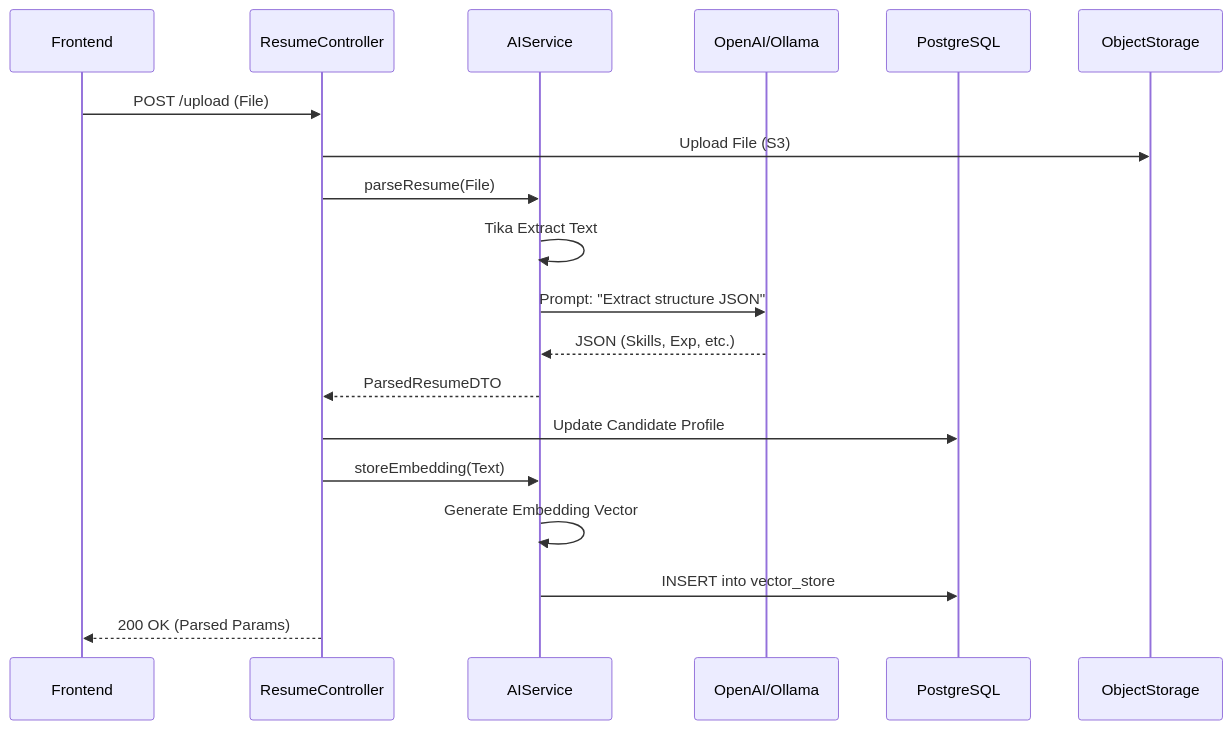
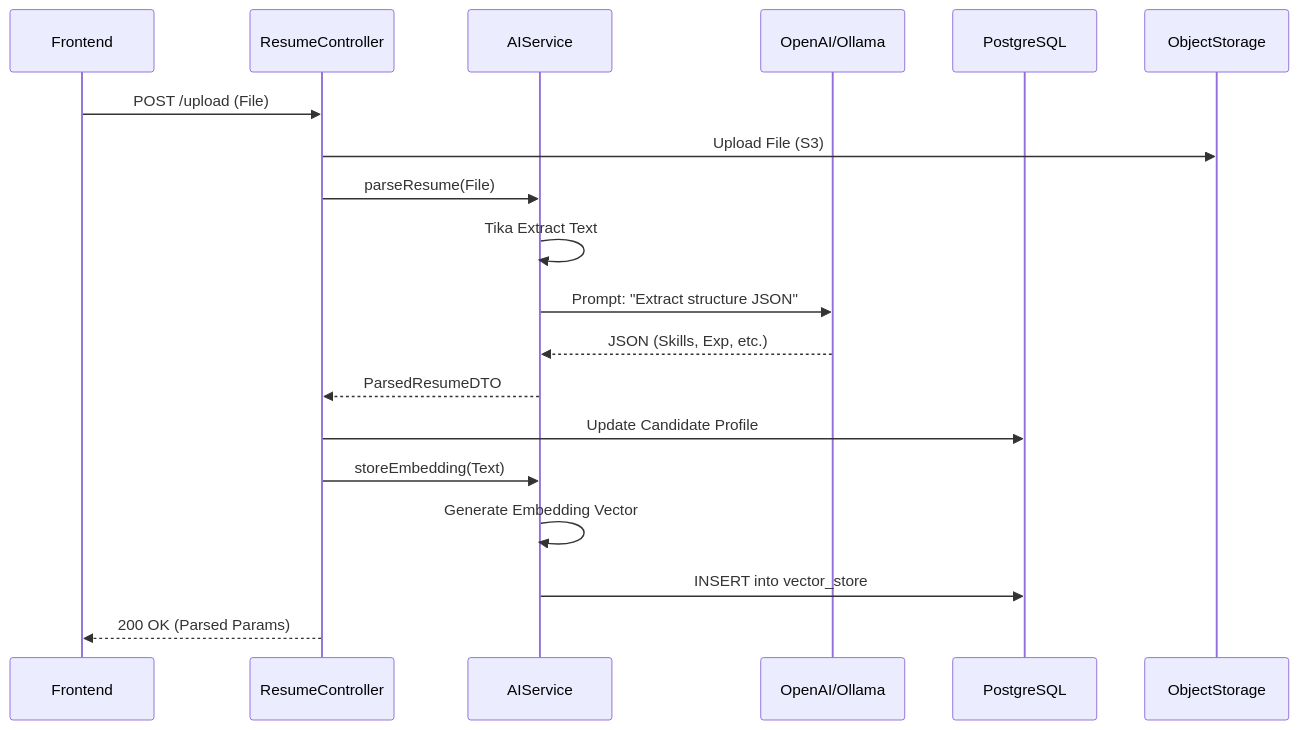
The second of 4 diagrams in README.md (Prathamesh36/SkillSync-AI), drawn with Mermaid before and after one commit. The commit also changed other lines of this file, not shown here.

````diff
--- a/README.md
+++ b/README.md
@@ -363,23 +363,22 @@
 ```mermaid
 sequenceDiagram
     participant User as Frontend
     participant Controller as ResumeController
     participant Service as AIService
-    participant LLM as OpenAI/Ollama
     participant LLM as OpenAI/Ollama
     participant DB as PostgreSQL
     participant MinIO as ObjectStorage
 
     User->>Controller: POST /upload (File)
     Controller->>MinIO: Upload File (S3)
     Controller->>Service: parseResume(File)
     Service->>Service: Tika Extract Text
     Service->>LLM: Prompt: "Extract structure JSON"
     LLM-->>Service: JSON (Skills, Exp, etc.)
     Service-->>Controller: ParsedResumeDTO
     Controller->>DB: Update Candidate Profile
     Controller->>Service: storeEmbedding(Text)
     Service->>Service: Generate Embedding Vector
     Service->>DB: INSERT into vector_store
     Controller-->>User: 200 OK (Parsed Params)
 ```
````
